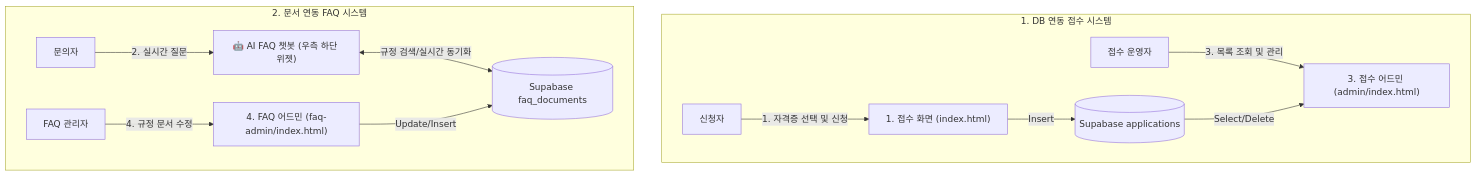
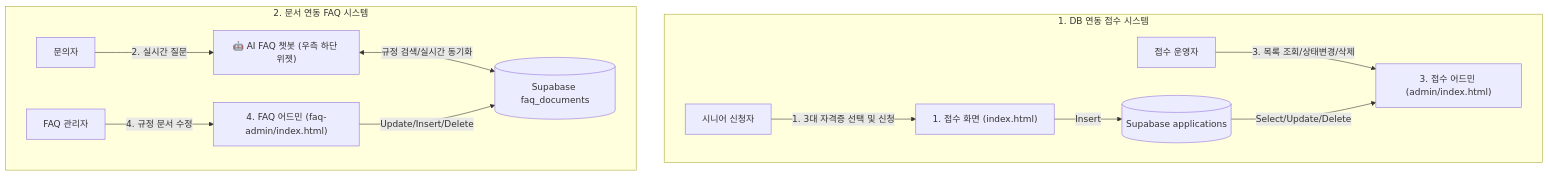
Before and after one commit to rellion48-crypto/mp1: the diagram in README.md, drawn with Mermaid. The commit also changed other lines of this file and 4 other files, not shown here.

````diff
--- a/README.md
+++ b/README.md
@@ -35,16 +34,16 @@
 ```mermaid
 graph TD
     subgraph DB_System [1. DB 연동 접수 시스템]
-        User[신청자] -->|1. 자격증 선택 및 신청| Screen1["1. 접수 화면 (index.html)"]
+        User[시니어 신청자] -->|1. 3대 자격증 선택 및 신청| Screen1["1. 접수 화면 (index.html)"]
         Screen1 -->|Insert| DB_App[(Supabase applications)]
-        Admin1[접수 운영자] -->|3. 목록 조회 및 관리| Screen3["3. 접수 어드민 (admin/index.html)"]
-        DB_App -->|Select/Delete| Screen3
+        Admin1[접수 운영자] -->|3. 목록 조회/상태변경/삭제| Screen3["3. 접수 어드민 (admin/index.html)"]
+        DB_App -->|Select/Update/Delete| Screen3
     end
 
     subgraph Doc_System [2. 문서 연동 FAQ 시스템]
         User2[문의자] -->|2. 실시간 질문| ChatbotWidget["🤖 AI FAQ 챗봇 (우측 하단 위젯)"]
         ChatbotWidget <-->|규정 검색/실시간 동기화| DB_Doc[(Supabase faq_documents)]
         Admin2[FAQ 관리자] -->|4. 규정 문서 수정| Screen4["4. FAQ 어드민 (faq-admin/index.html)"]
-        Screen4 -->|Update/Insert| DB_Doc
+        Screen4 -->|Update/Insert/Delete| DB_Doc
     end
 ```
````
